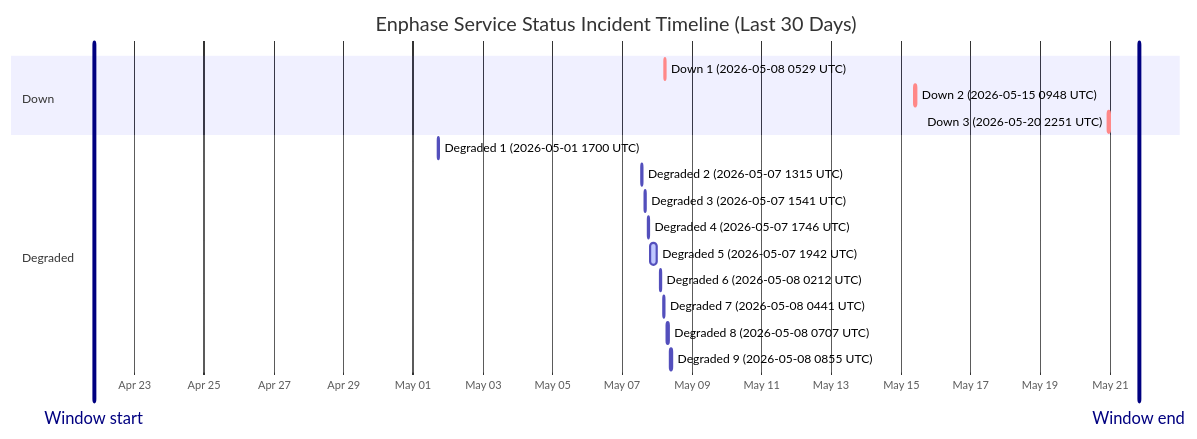
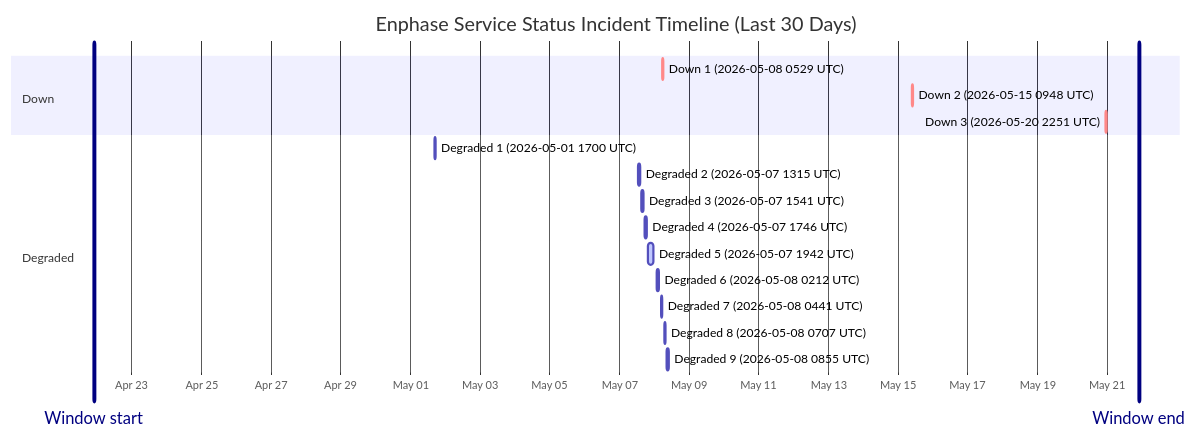
Before and after one commit to barneyonline/ha-enphase-ev-charger: the diagram in wiki/Service-Status-History.md, drawn with Mermaid. The commit also changed other lines of this file and 3 other files, not shown here.

````diff
--- a/wiki/Service-Status-History.md
+++ b/wiki/Service-Status-History.md
@@ -14,22 +14,22 @@
 ```mermaid
 gantt
     title Enphase Service Status Incident Timeline (Last 30 Days)
     dateFormat  YYYY-MM-DDTHH:mm:ss
     axisFormat  %b %d
-    Window start :vert, window-start, 2026-04-21T20:04:28, 0ms
-    Window end :vert, window-end, 2026-05-21T20:04:28, 0ms
+    Window start :vert, window-start, 2026-04-21T21:56:17, 0ms
+    Window end :vert, window-end, 2026-05-21T21:56:17, 0ms
     section Down
     Down 1 (2026-05-08 0529 UTC) :crit, down-1, 2026-05-08T05:29:47, 60m
     Down 2 (2026-05-15 0948 UTC) :crit, down-2, 2026-05-15T09:48:18, 60m
     Down 3 (2026-05-20 2251 UTC) :crit, down-3, 2026-05-20T22:51:14, 75m
     section Degraded
     Degraded 1 (2026-05-01 1700 UTC) :active, degraded-1, 2026-05-01T17:00:22, 60m
     Degraded 2 (2026-05-07 1315 UTC) :active, degraded-2, 2026-05-07T13:15:25, 60m
     Degraded 3 (2026-05-07 1541 UTC) :active, degraded-3, 2026-05-07T15:41:58, 60m
     Degraded 4 (2026-05-07 1746 UTC) :active, degraded-4, 2026-05-07T17:46:51, 60m
     Degraded 5 (2026-05-07 1942 UTC) :active, degraded-5, 2026-05-07T19:42:10, 249m
     Degraded 6 (2026-05-08 0212 UTC) :active, degraded-6, 2026-05-08T02:12:39, 60m
     Degraded 7 (2026-05-08 0441 UTC) :active, degraded-7, 2026-05-08T04:41:46, 60m
     Degraded 8 (2026-05-08 0707 UTC) :active, degraded-8, 2026-05-08T07:07:30, 60m
     Degraded 9 (2026-05-08 0855 UTC) :active, degraded-9, 2026-05-08T08:55:20, 88m
 ```
````
